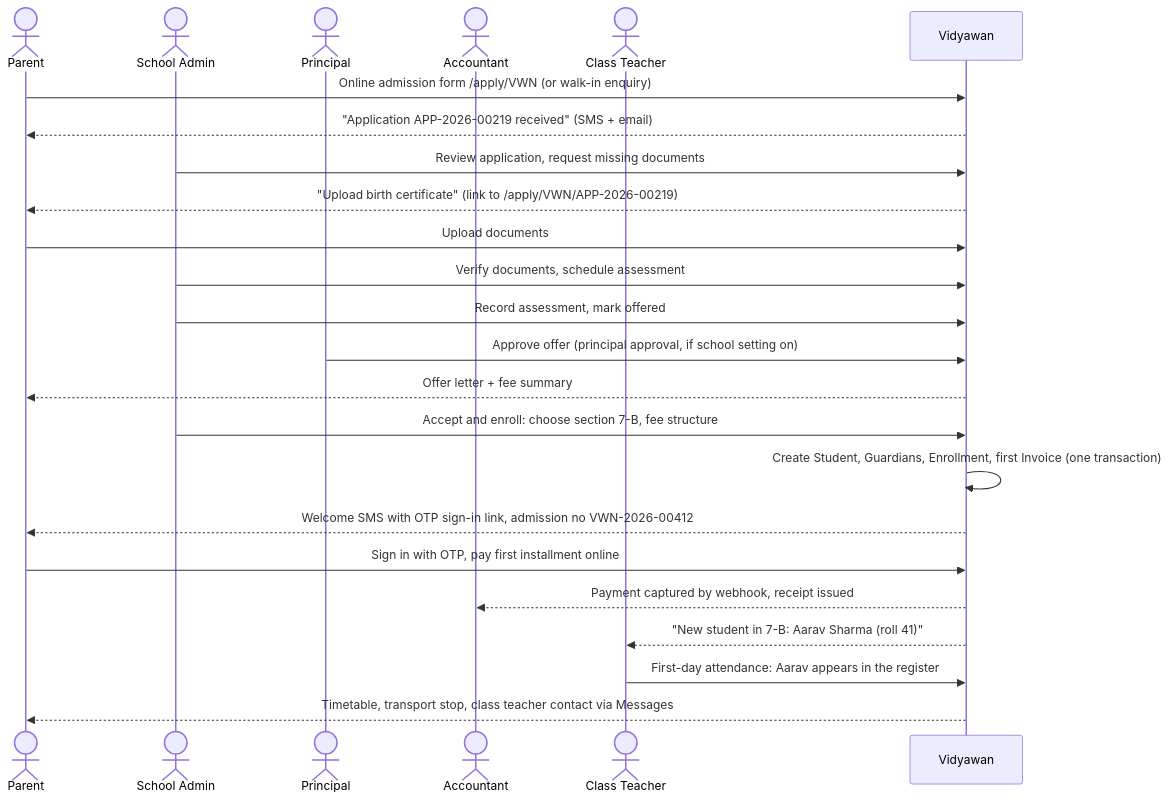
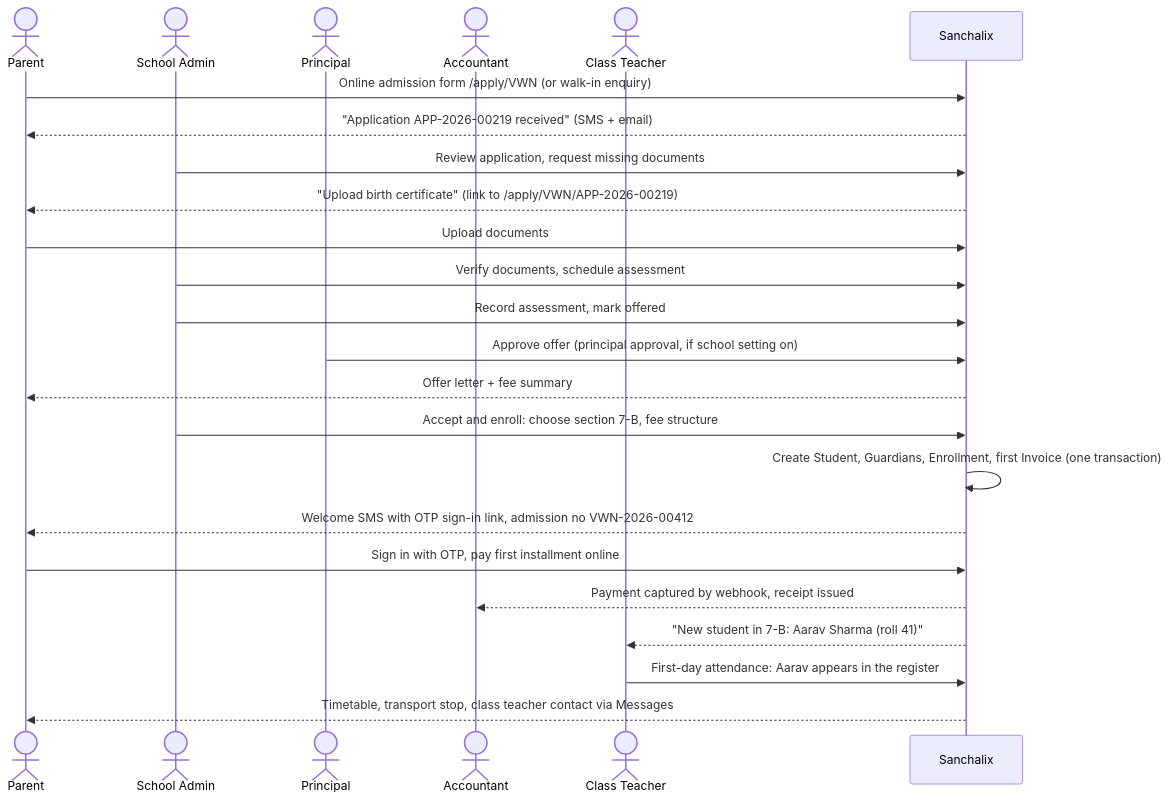
The first of 7 diagrams in Docs/04-user-journeys.md (DigiconnUnite/Sanchalix), drawn with Mermaid before and after one commit. The commit also changed other lines of this file and 43 other files, not shown here.

````diff
--- a/Docs/04-user-journeys.md
+++ b/Docs/04-user-journeys.md
@@ -9,26 +9,26 @@
 ```mermaid
 sequenceDiagram
   actor P as Parent
   actor A as School Admin
   actor Pr as Principal
   actor Ac as Accountant
   actor T as Class Teacher
-  participant V as Vidyawan
+  participant V as Sanchalix
   P->>V: Online admission form /apply/VWN (or walk-in enquiry)
   V-->>P: "Application APP-2026-00219 received" (SMS + email)
   A->>V: Review application, request missing documents
   V-->>P: "Upload birth certificate" (link to /apply/VWN/APP-2026-00219)
   P->>V: Upload documents
   A->>V: Verify documents, schedule assessment
   A->>V: Record assessment, mark offered
   Pr->>V: Approve offer (principal approval, if school setting on)
   V-->>P: Offer letter + fee summary
   A->>V: Accept and enroll: choose section 7-B, fee structure
   V->>V: Create Student, Guardians, Enrollment, first Invoice (one transaction)
   V-->>P: Welcome SMS with OTP sign-in link, admission no VWN-2026-00412
   P->>V: Sign in with OTP, pay first installment online
   V-->>Ac: Payment captured by webhook, receipt issued
   V-->>T: "New student in 7-B: Aarav Sharma (roll 41)"
   T->>V: First-day attendance: Aarav appears in the register
   V-->>P: Timetable, transport stop, class teacher contact via Messages
 ```
````
